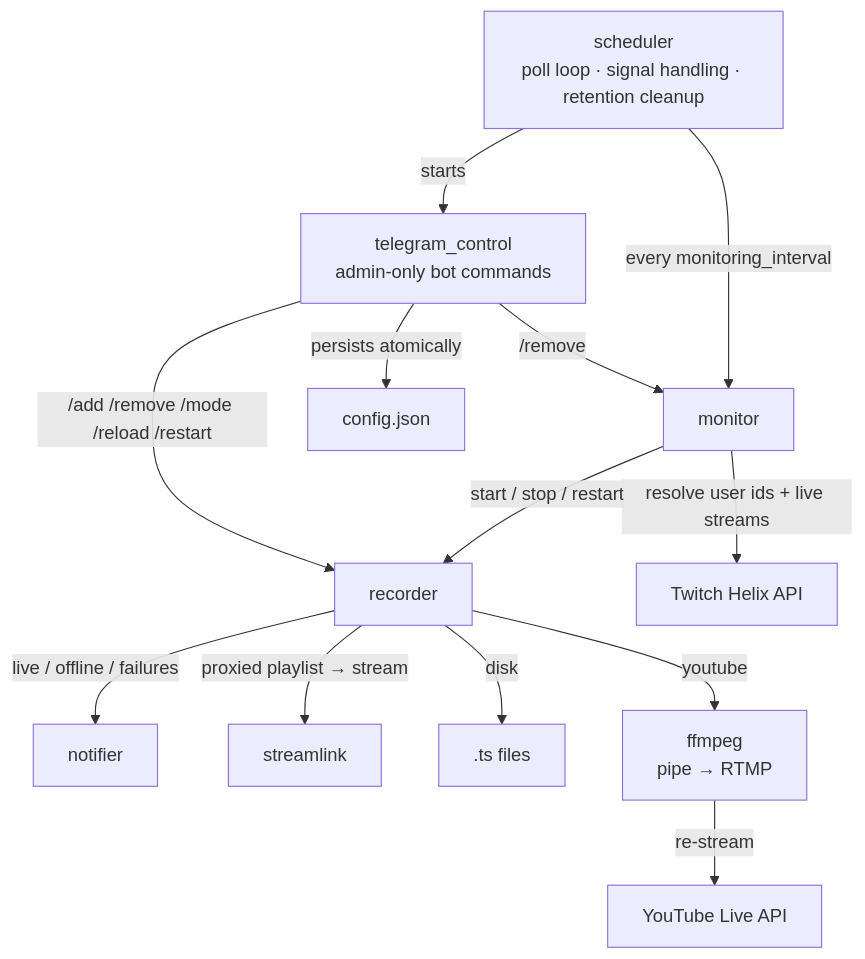
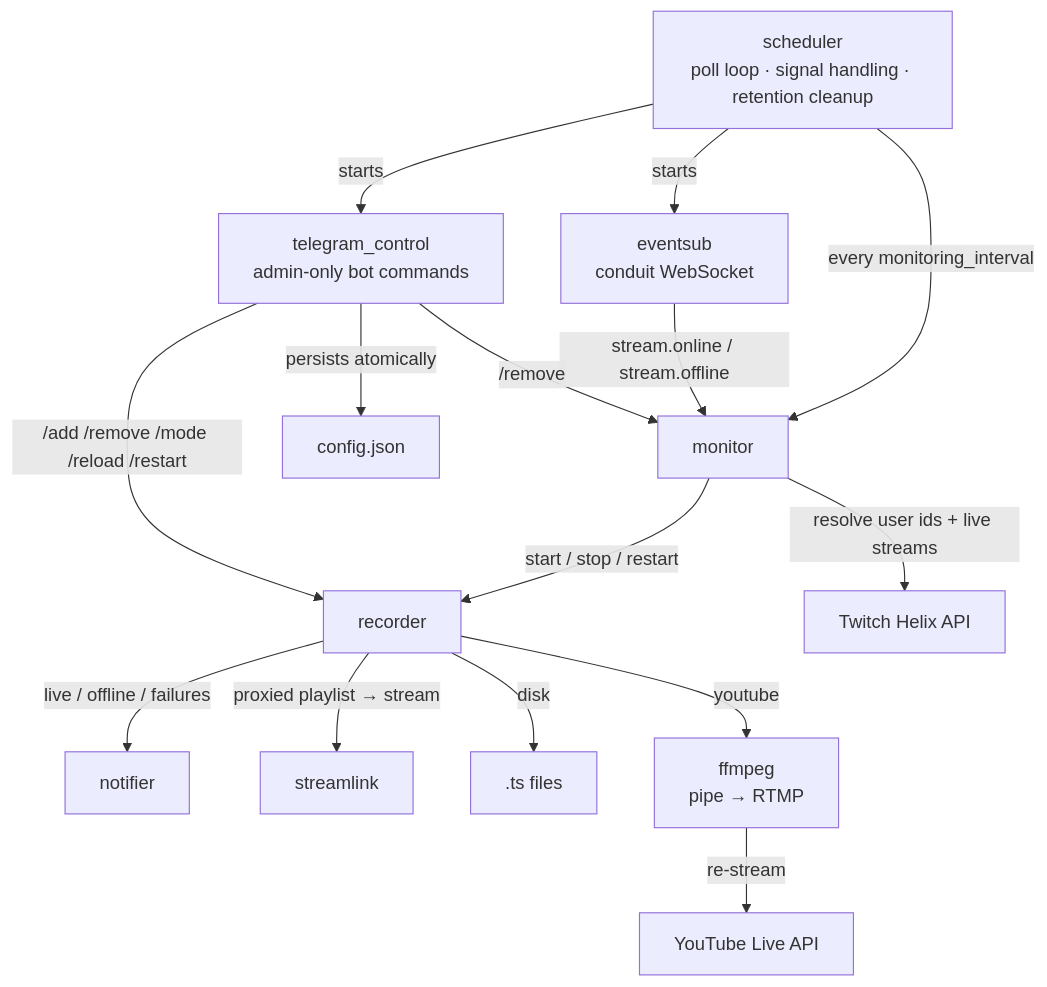
Before and after one commit to giou/stream-archive: the diagram in README.md, drawn with Mermaid. The commit also changed other lines of this file and 13 other files, not shown here.

First line of the commit message:
Add EventSub conduit fast-path for live/offline events

````diff
--- a/README.md
+++ b/README.md
@@ -53,21 +61,24 @@
 ```mermaid
 flowchart TD
     Scheduler["scheduler<br/>poll loop · signal handling · retention cleanup"]
     Monitor["monitor"]
     Recorder["recorder"]
     Notifier["notifier"]
     Telegram["telegram_control<br/>admin-only bot commands"]
+    EventSub["eventsub<br/>conduit WebSocket"]
 
     Scheduler -->|"every monitoring_interval"| Monitor
+    Scheduler -->|starts| EventSub
+    EventSub -->|"stream.online / stream.offline"| Monitor
     Monitor -->|"resolve user ids + live streams"| Twitch["Twitch Helix API"]
     Monitor -->|"start / stop / restart"| Recorder
     Recorder -->|"proxied playlist → stream"| Streamlink["streamlink"]
     Recorder -->|disk| Disk[".ts files"]
     Recorder -->|youtube| Ffmpeg["ffmpeg<br/>pipe → RTMP"]
     Ffmpeg -->|"re-stream"| YouTube["YouTube Live API"]
     Recorder -->|"live / offline / failures"| Notifier
     Scheduler -->|starts| Telegram
     Telegram -->|"persists atomically"| Config["config.json"]
     Telegram -->|"/add /remove /mode /reload /restart"| Recorder
     Telegram -->|"/remove"| Monitor
 ```
````
